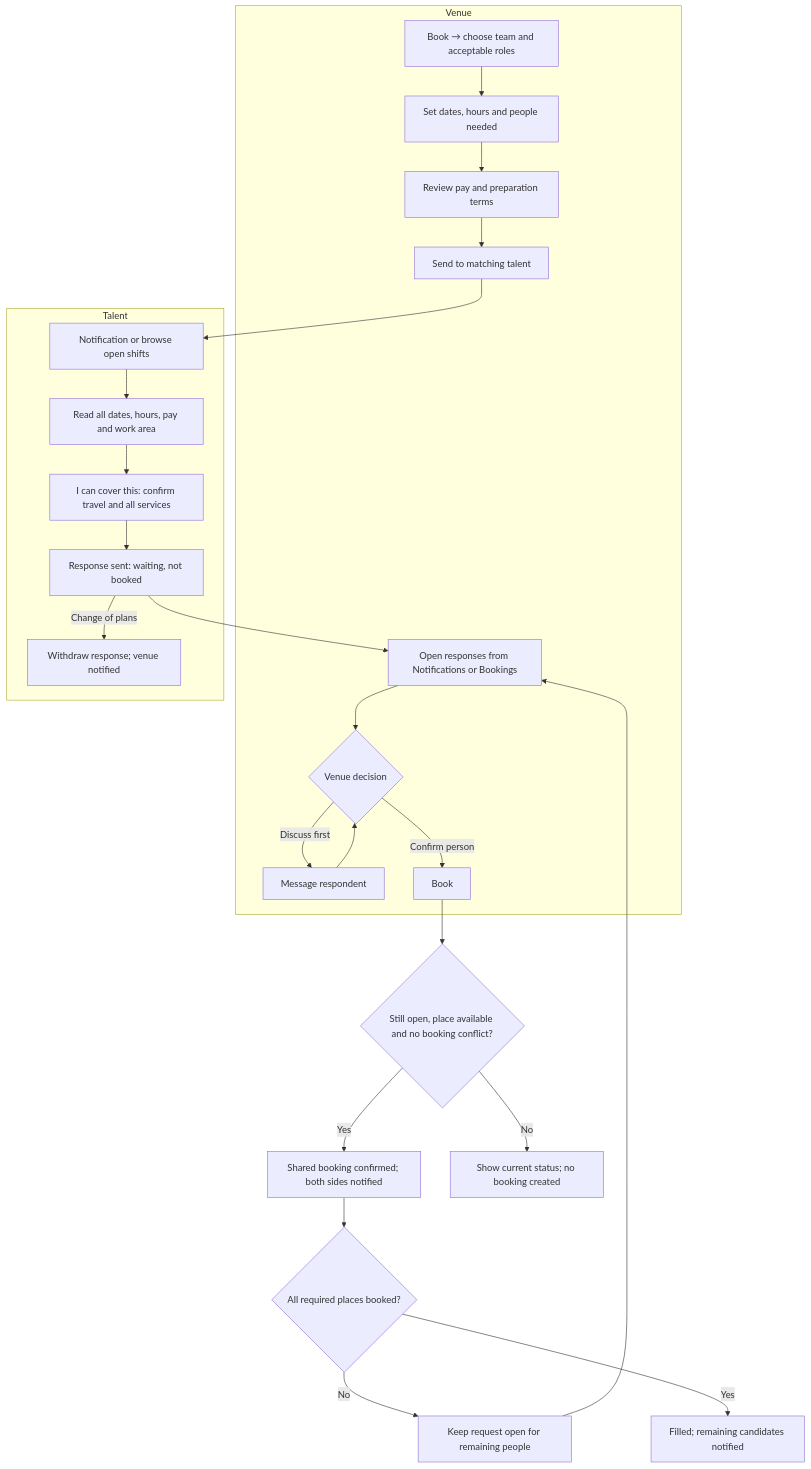
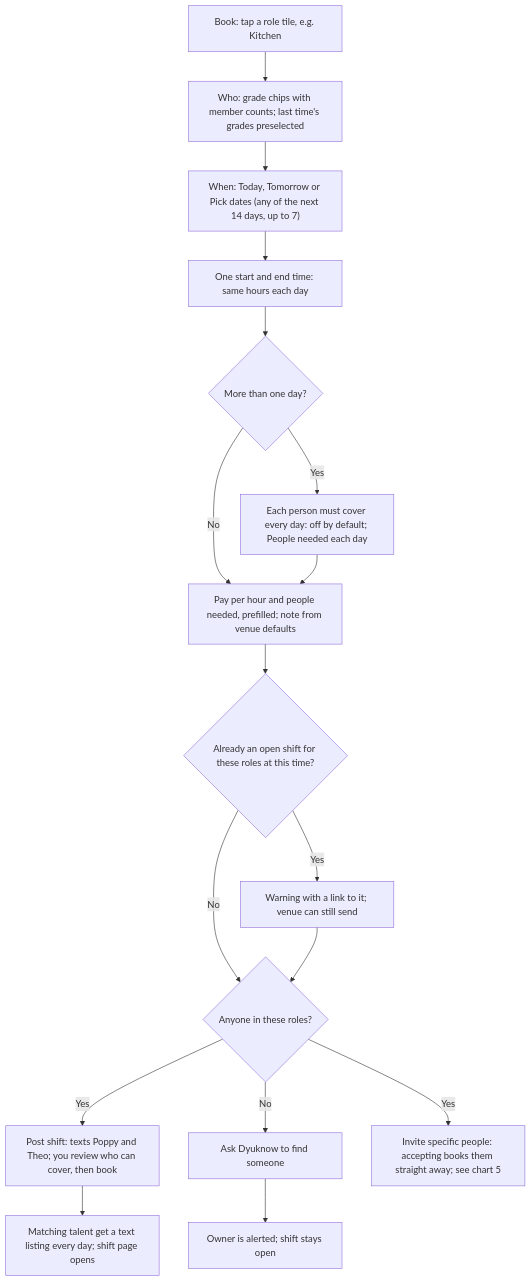
Before and after one commit to Envo-Entity/dyuknow: the second of 10 diagrams in docs/MVP-preview-flowcharts.md, drawn with Mermaid. The commit also changed other lines of this file and 54 other files, not shown here.

````diff
--- a/docs/MVP-preview-flowcharts.md
+++ b/docs/MVP-preview-flowcharts.md
@@ -41,27 +73,19 @@
 ```mermaid
 flowchart TD
-    subgraph V["Venue"]
-        V1["Book → choose team and acceptable roles"] --> V2["Set dates, hours and people needed"]
-        V2 --> V3["Review pay and preparation terms"]
-        V3 --> V4["Send to matching talent"]
-        V5["Open responses from Notifications or Bookings"] --> V6{"Venue decision"}
-        V6 -->|"Discuss first"| VM["Message respondent"]
-        VM --> V6
-        V6 -->|"Confirm person"| VB["Book"]
-    end
-    subgraph T["Talent"]
-        T1["Notification or browse open shifts"] --> T2["Read all dates, hours, pay and work area"]
-        T2 --> T3["I can cover this: confirm travel and all services"]
-        T3 --> T4["Response sent: waiting, not booked"]
-        T4 -->|"Change of plans"| TW["Withdraw response; venue notified"]
-    end
-    V4 --> T1
-    T4 --> V5
-    VB --> CHECK{"Still open, place available and no booking conflict?"}
-    CHECK -->|"Yes"| B["Shared booking confirmed; both sides notified"]
-    CHECK -->|"No"| X["Show current status; no booking created"]
-    B --> CAP{"All required places booked?"}
-    CAP -->|"No"| MORE["Keep request open for remaining people"]
-    MORE --> V5
-    CAP -->|"Yes"| FULL["Filled; remaining candidates notified"]
+    A["Book: tap a role tile, e.g. Kitchen"] --> B["Who: grade chips with member counts; last time's grades preselected"]
+    B --> C["When: Today, Tomorrow or Pick dates (any of the next 14 days, up to 7)"]
+    C --> D["One start and end time: same hours each day"]
+    D --> T{"More than one day?"}
+    T -->|"Yes"| TOG["Each person must cover every day: off by default; People needed each day"]
+    T -->|"No"| E
+    TOG --> E["Pay per hour and people needed, prefilled; note from venue defaults"]
+    E --> F{"Already an open shift for these roles at this time?"}
+    F -->|"Yes"| WARN["Warning with a link to it; venue can still send"]
+    F -->|"No"| G{"Anyone in these roles?"}
+    WARN --> G
+    G -->|"Yes"| H["Post shift: texts Poppy and Theo; you review who can cover, then book"]
+    G -->|"No"| I["Ask Dyuknow to find someone"]
+    H --> J["Matching talent get a text listing every day; shift page opens"]
+    I --> K["Owner is alerted; shift stays open"]
+    G -->|"Yes"| L["Invite specific people: accepting books them straight away; see chart 5"]
 ```
````
